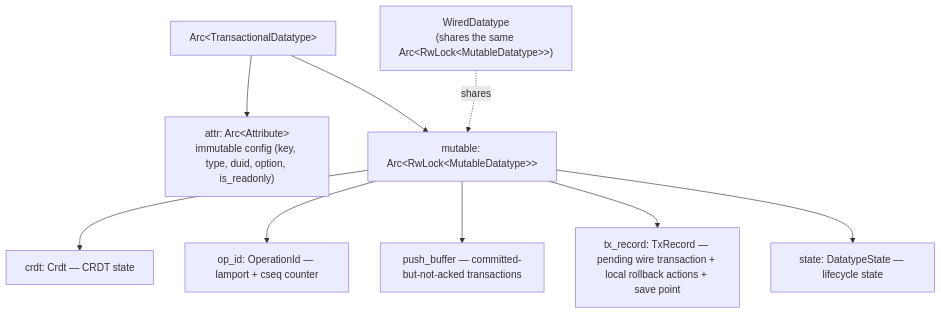
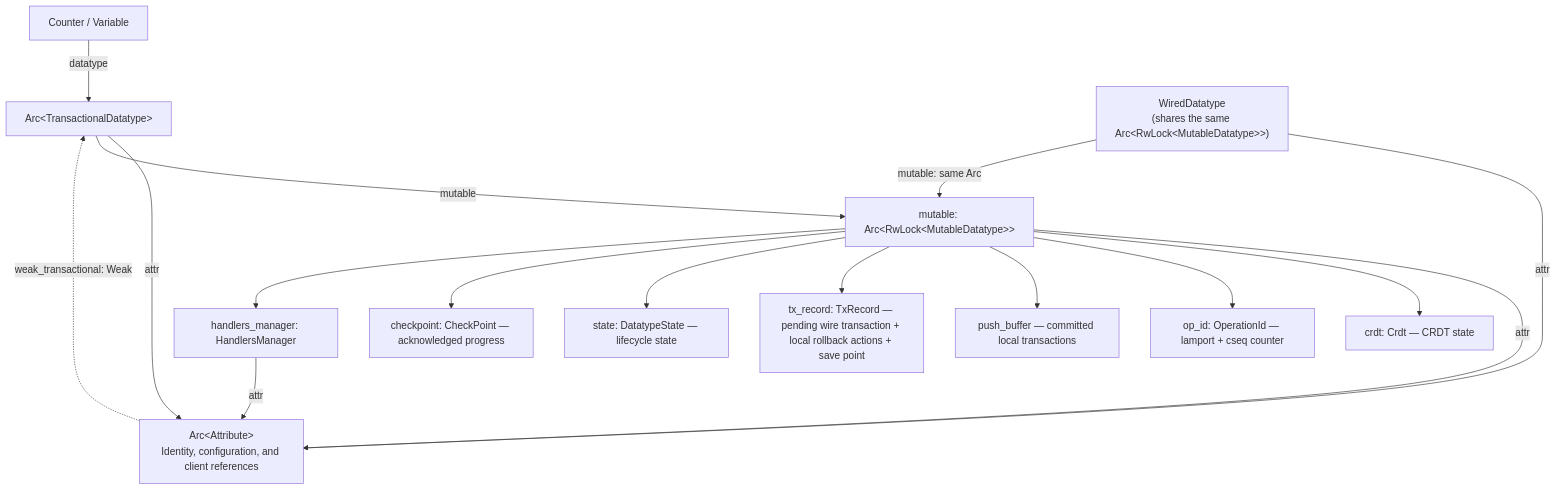
One commit to qortoo/qortoo-rs changed the second of 4 diagrams in docs/architecture.md. Above: the diagram before and after it, drawn with Mermaid. The commit also changed other lines of this file, not shown here.

First line of the commit message:
📜docs(architecture): separate the local write and sync execution paths

````diff
--- a/docs/architecture.md
+++ b/docs/architecture.md
@@ -39,21 +50,31 @@
 ```mermaid
 flowchart TD
+    API["Counter / Variable"]
     ATD["Arc&lt;TransactionalDatatype&gt;"]
-    ATTR["attr: Arc&lt;Attribute&gt;\nimmutable config (key, type, duid, option, is_readonly)"]
+    ATTR["Arc&lt;Attribute&gt;<br/>Identity, configuration, and client references"]
     MUT["mutable: Arc&lt;RwLock&lt;MutableDatatype&gt;&gt;"]
     CRDT["crdt: Crdt — CRDT state"]
     OPID["op_id: OperationId — lamport + cseq counter"]
-    PB["push_buffer — committed-but-not-acked transactions"]
+    PB["push_buffer — committed local transactions"]
     TXR["tx_record: TxRecord — pending wire transaction + local rollback actions + save point"]
     STATE["state: DatatypeState — lifecycle state"]
+    CP["checkpoint: CheckPoint — acknowledged progress"]
+    HM["handlers_manager: HandlersManager"]
     WD["WiredDatatype\n(shares the same Arc&lt;RwLock&lt;MutableDatatype&gt;&gt;)"]
 
-    ATD --> ATTR
-    ATD --> MUT
+    API -->|datatype| ATD
+    ATD -->|attr| ATTR
+    ATD -->|mutable| MUT
+    WD -->|attr| ATTR
+    MUT -->|attr| ATTR
+    ATTR -.->|weak_transactional: Weak| ATD
     MUT --> CRDT
     MUT --> OPID
     MUT --> PB
     MUT --> TXR
     MUT --> STATE
-    WD -.->|shares| MUT
+    MUT --> CP
+    MUT --> HM
+    HM -->|attr| ATTR
+    WD -->|mutable: same Arc| MUT
 ```
````
